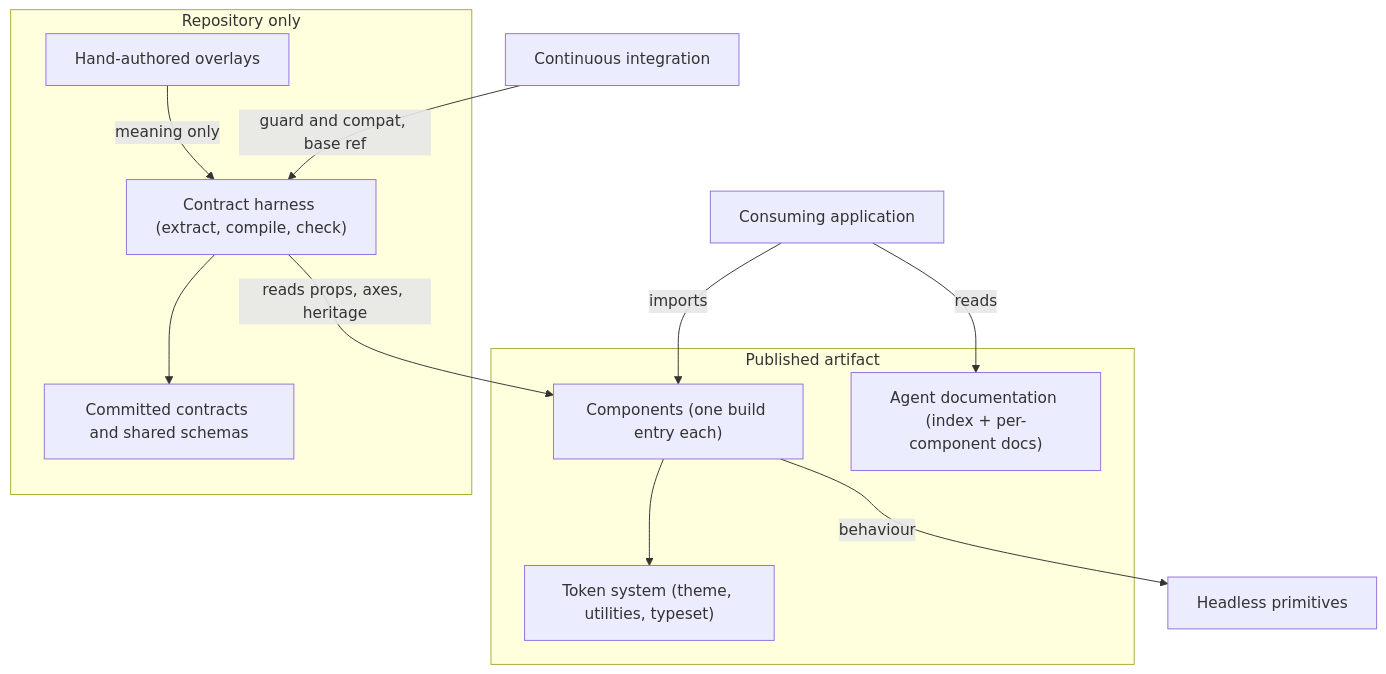
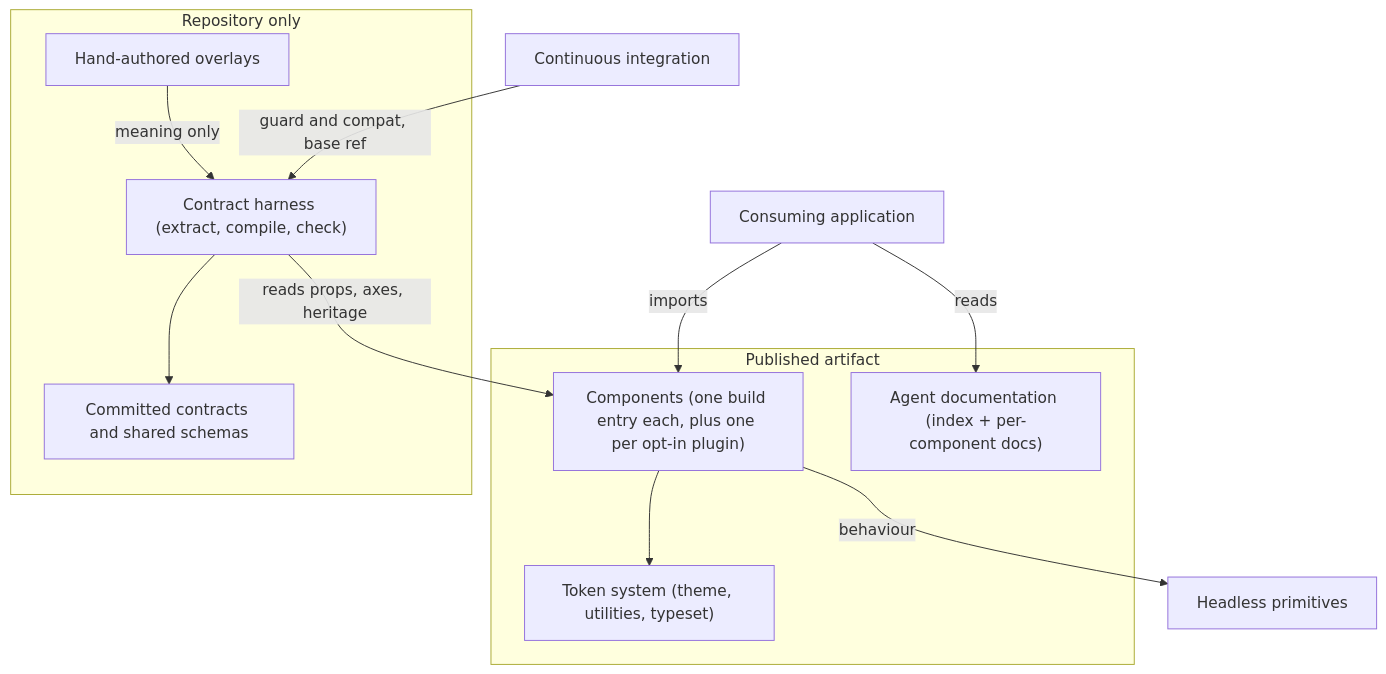
One commit to GeraBart/gears-frontx changed the first of 3 diagrams in packages/ui-kit/architecture/DESIGN.md. Above: the diagram before and after it, drawn with Mermaid. The commit also changed other lines of this file, not shown here.

First line of the commit message:
docs(ui-kit): describe plugin entries and the CSS variable forms in DESIGN

````diff
--- a/packages/ui-kit/architecture/DESIGN.md
+++ b/packages/ui-kit/architecture/DESIGN.md
@@ -80,21 +80,21 @@
 ```mermaid
 graph TD
     subgraph Published[Published artifact]
-        Comp["Components (one build entry each)"]
+        Comp["Components (one build entry each, plus one per opt-in plugin)"]
         Tokens["Token system (theme, utilities, typeset)"]
         Docs["Agent documentation (index + per-component docs)"]
     end
     subgraph Repo[Repository only]
         Harness["Contract harness (extract, compile, check)"]
         Overlay["Hand-authored overlays"]
         Artifacts["Committed contracts and shared schemas"]
     end
     Comp --> Tokens
     Comp -- "behaviour" --> Primitives["Headless primitives"]
     Harness -- "reads props, axes, heritage" --> Comp
     Overlay -- "meaning only" --> Harness
     Harness --> Artifacts
     CI["Continuous integration"] -- "guard and compat, base ref" --> Harness
     Consumer["Consuming application"] -- "imports" --> Comp
     Consumer -- "reads" --> Docs
 ```
````
